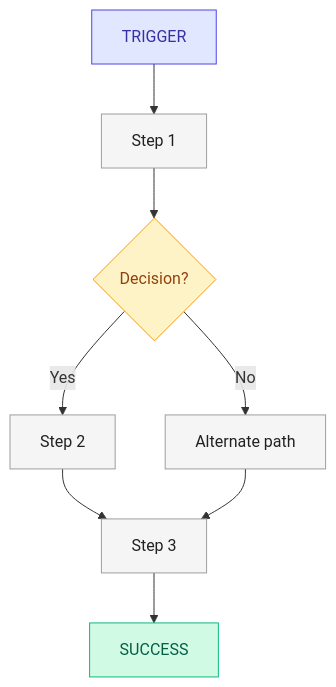
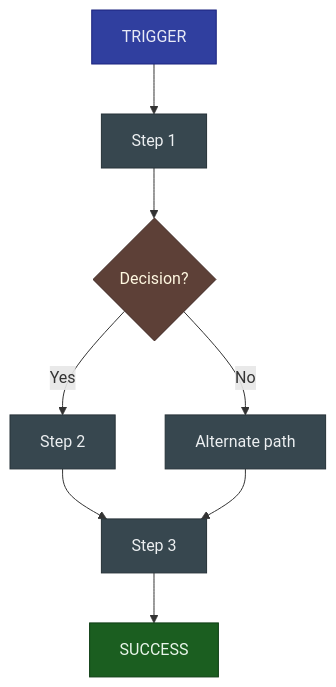
Before and after one commit to smileynet/ui-optimizer: the diagram in docs/workflow/phases/03-explore.md, drawn with Mermaid. The commit also changed 13 other files, not shown here.

````diff
--- a/docs/workflow/phases/03-explore.md
+++ b/docs/workflow/phases/03-explore.md
@@ -46,23 +46,23 @@
 ```mermaid
 flowchart TB
-    classDef trigger fill:#E0E7FF,stroke:#4F46E5,color:#3730A3
-    classDef step fill:#F5F5F5,stroke:#9E9E9E,color:#212121
-    classDef decision fill:#FEF3C7,stroke:#F59E0B,color:#92400E
-    classDef success fill:#D1FAE5,stroke:#10B981,color:#065F46
+    classDef trigger fill:#303F9F,stroke:#1A237E,color:#E8EAF6
+    classDef step fill:#37474F,stroke:#263238,color:#ECEFF1
+    classDef decision fill:#5D4037,stroke:#3E2723,color:#FFF8E1
+    classDef success fill:#1B5E20,stroke:#0D3D13,color:#E8F5E9
     
     TRIGGER[TRIGGER]:::trigger
     S1[Step 1]:::step
     DEC{Decision?}:::decision
     S2[Step 2]:::step
     ALT[Alternate path]:::step
     S3[Step 3]:::step
     SUCCESS[SUCCESS]:::success
     
     TRIGGER --> S1
     S1 --> DEC
     DEC -->|Yes| S2
     DEC -->|No| ALT
     S2 --> S3
     ALT --> S3
     S3 --> SUCCESS
 ```
````
